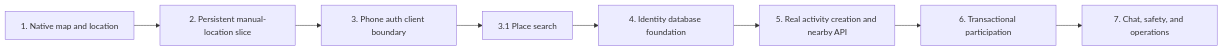
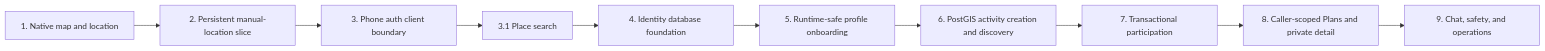
The diagram in docs/practical-engineering-curriculum.md (ansh0eman/NearHere), drawn with Mermaid before and after one commit. The commit also changed other lines of this file and 33 other files, not shown here.

Commit message:
feat: add capacity-safe join and private plans

````diff
--- a/docs/practical-engineering-curriculum.md
+++ b/docs/practical-engineering-curriculum.md
@@ -320,10 +322,12 @@
 ```mermaid
 flowchart LR
     L1["1. Native map and location"] --> L2["2. Persistent manual-location slice"]
     L2 --> L3["3. Phone auth client boundary"]
     L3 --> L31["3.1 Place search"]
     L31 --> L4["4. Identity database foundation"]
-    L4 --> L5["5. Real activity creation and nearby API"]
-    L5 --> L6["6. Transactional participation"]
-    L6 --> L7["7. Chat, safety, and operations"]
+    L4 --> L5["5. Runtime-safe profile onboarding"]
+    L5 --> L6["6. PostGIS activity creation and discovery"]
+    L6 --> L7["7. Transactional participation"]
+    L7 --> L8["8. Caller-scoped Plans and private detail"]
+    L8 --> L9["9. Chat, safety, and operations"]
 ```
````
